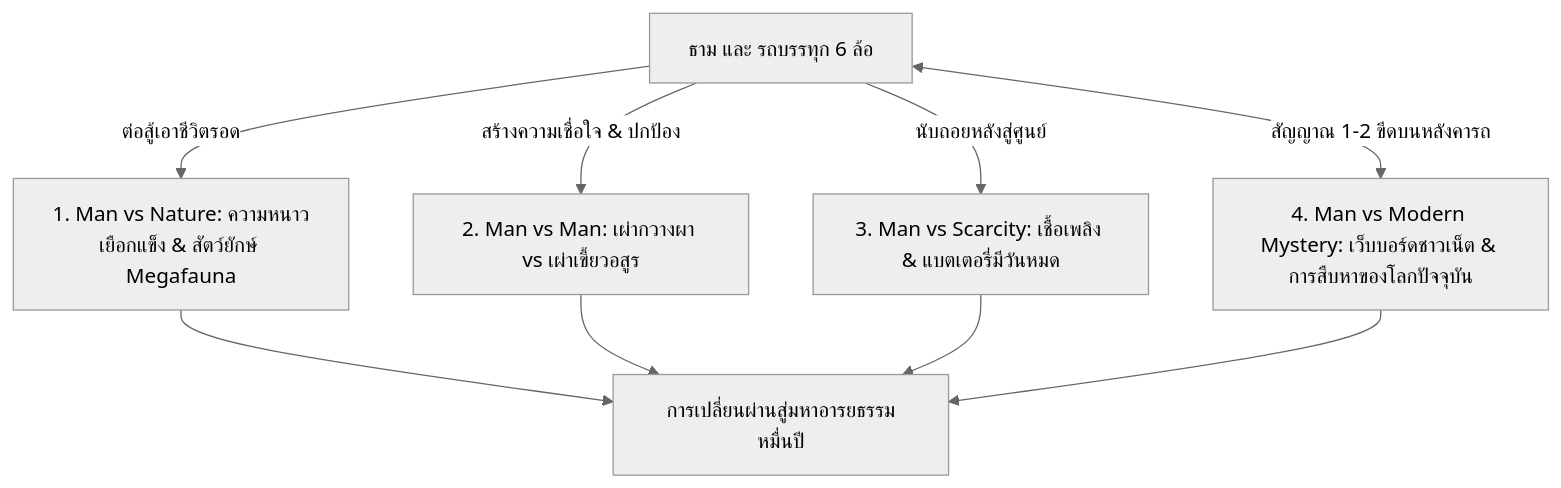
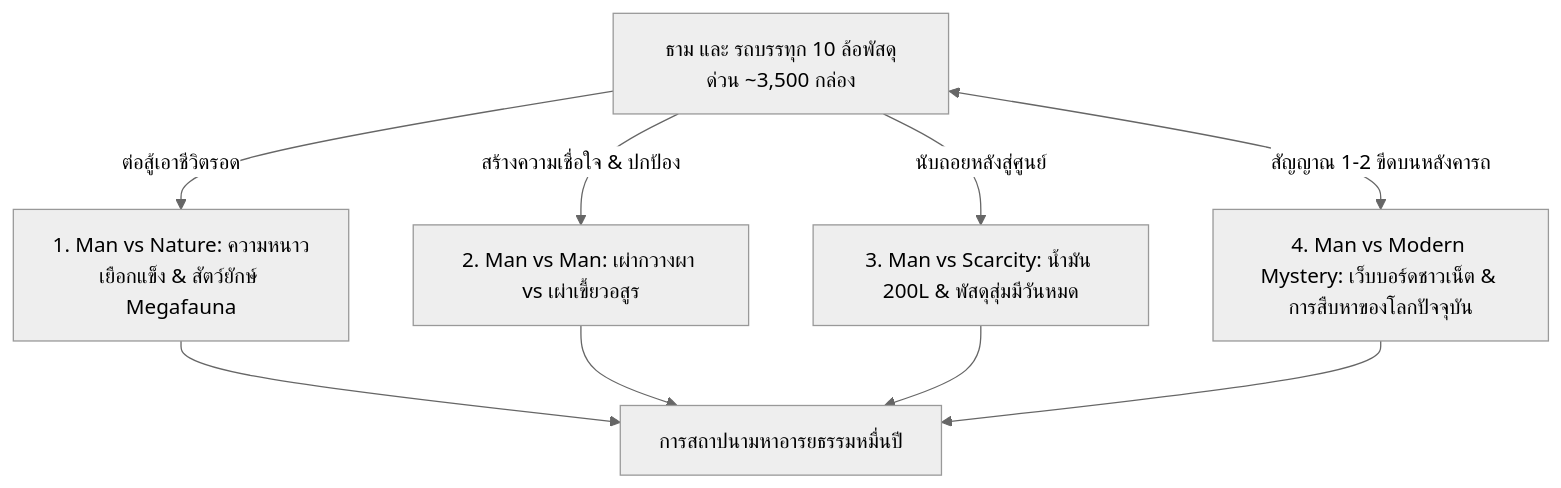
The diagram in story_outline.md (thaidelphi/1000-BC-ebooks), drawn with Mermaid (neutral theme) before and after one commit. The commit also changed other lines of this file and 5 other files, not shown here.

````diff
--- a/story_outline.md
+++ b/story_outline.md
@@ -19,8 +20,8 @@
 ```mermaid
 graph TD
-    A[ธาม และ รถบรรทุก 6 ล้อ] -->|ต่อสู้เอาชีวิตรอด| B[1. Man vs Nature: ความหนาวเยือกแข็ง & สัตว์ยักษ์ Megafauna]
+    A[ธาม และ รถบรรทุก 10 ล้อพัสดุด่วน ~3,500 กล่อง] -->|ต่อสู้เอาชีวิตรอด| B[1. Man vs Nature: ความหนาวเยือกแข็ง & สัตว์ยักษ์ Megafauna]
     A -->|สร้างความเชื่อใจ & ปกป้อง| C[2. Man vs Man: เผ่ากวางผา vs เผ่าเขี้ยวอสูร]
-    A -->|นับถอยหลังสู่ศูนย์| D[3. Man vs Scarcity: เชื้อเพลิง & แบตเตอรี่มีวันหมด]
+    A -->|นับถอยหลังสู่ศูนย์| D[3. Man vs Scarcity: น้ำมัน 200L & พัสดุสุ่มมีวันหมด]
     A <-->|สัญญาณ 1-2 ขีดบนหลังคารถ| E[4. Man vs Modern Mystery: เว็บบอร์ดชาวเน็ต & การสืบหาของโลกปัจจุบัน]
-    B & C & D & E --> F[การเปลี่ยนผ่านสู่มหาอารยธรรมหมื่นปี]
+    B & C & D & E --> F[การสถาปนามหาอารยธรรมหมื่นปี]
 ```
````
